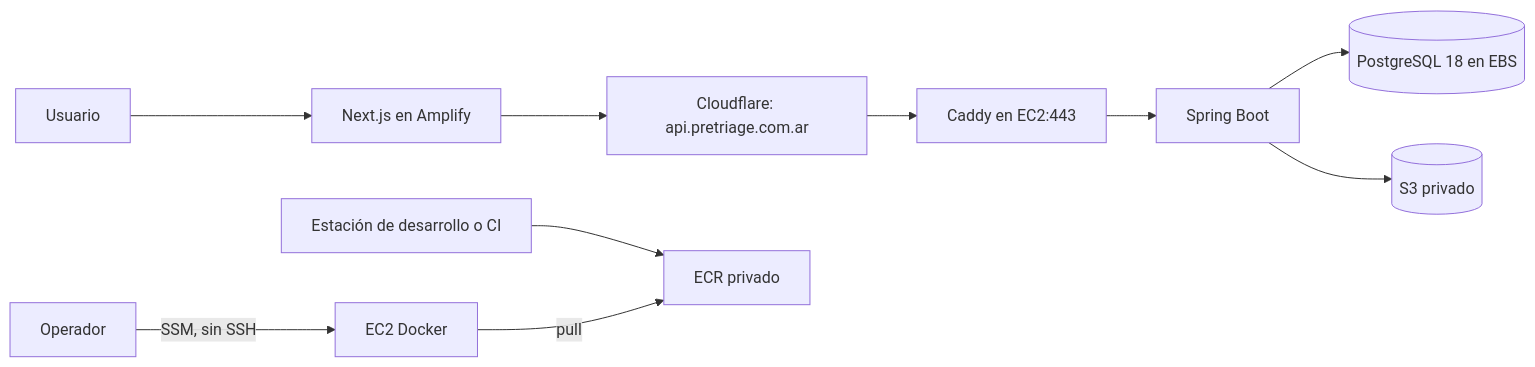
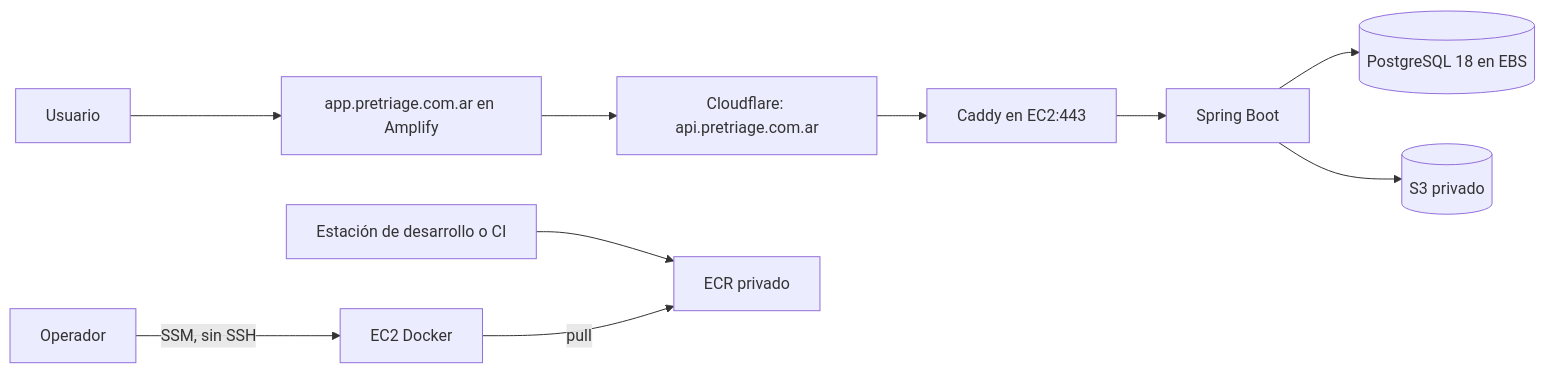
Before and after one commit to MatiasCanevaro/pretriage_backend: the diagram in docs/28-aws-demo-deployment.md, drawn with Mermaid. The commit also changed other lines of this file and 3 other files, not shown here.

````diff
--- a/docs/28-aws-demo-deployment.md
+++ b/docs/28-aws-demo-deployment.md
@@ -11,12 +11,12 @@
 ```mermaid
 flowchart LR
-    Browser[Usuario] --> Amplify[Next.js en Amplify]
-    Amplify --> CF[Cloudflare: api.pretriage.com.ar]
+    Browser[Usuario] --> Web[app.pretriage.com.ar en Amplify]
+    Web --> CF[Cloudflare: api.pretriage.com.ar]
     CF --> Caddy[Caddy en EC2:443]
     Caddy --> API[Spring Boot]
     API --> PG[(PostgreSQL 18 en EBS)]
     API --> S3[(S3 privado)]
     Operator[Operador] -->|SSM, sin SSH| EC2[EC2 Docker]
     Build[Estación de desarrollo o CI] --> ECR[ECR privado]
     EC2 -->|pull| ECR
 ```
````
